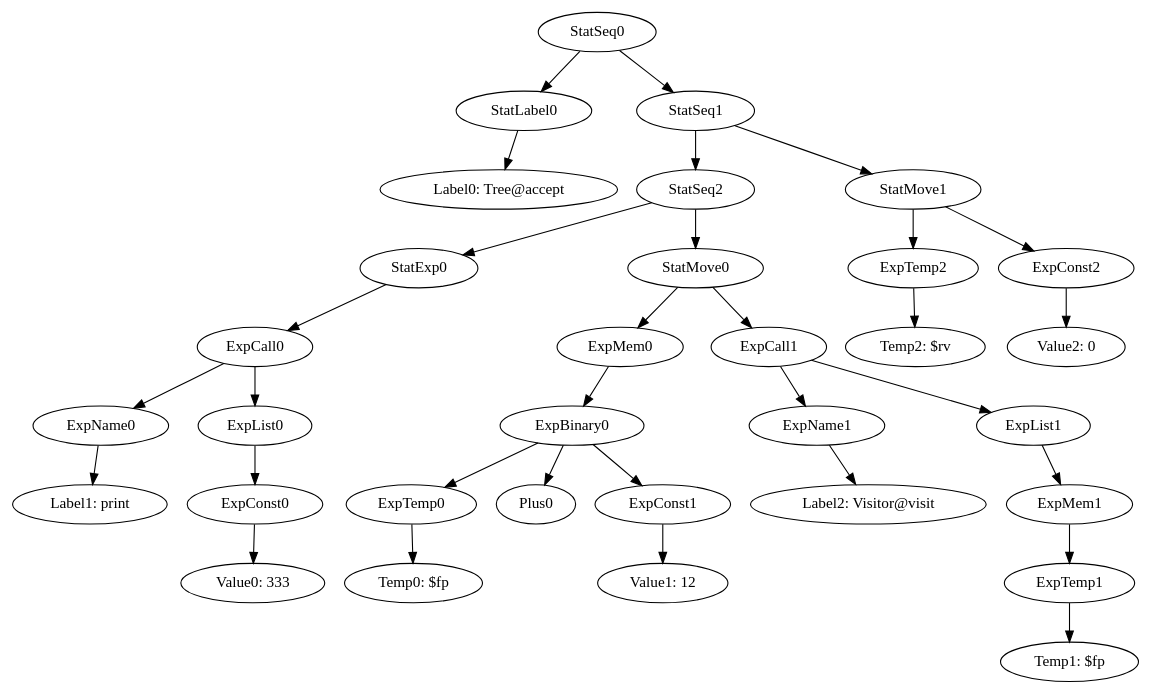
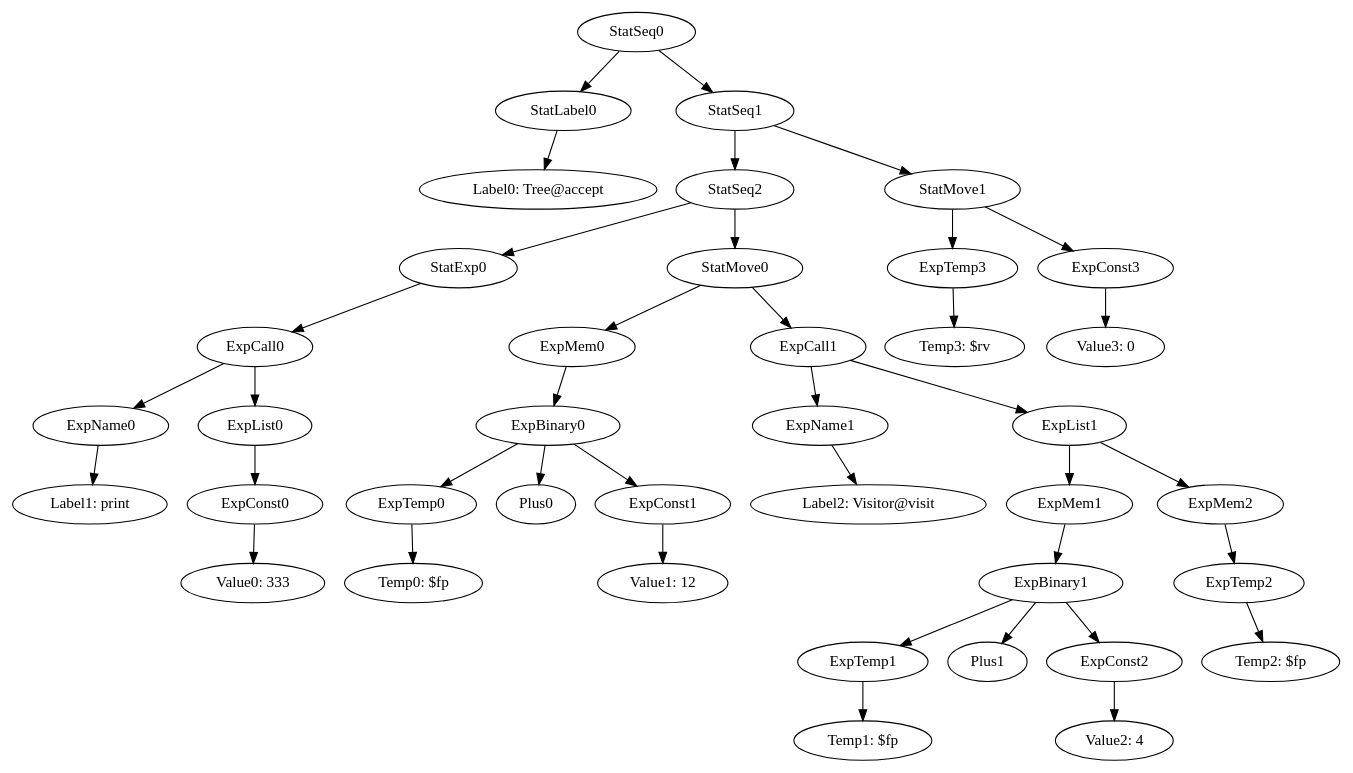
One commit to team-compilers/compilers changed the diagram in MiniJava/results/SamplesCorrect/TreeVisitor/irt_Tree@accept.gv. Above: the diagram before and after it, drawn with Graphviz. The commit also changed 371 other files, not shown here.

```diff
--- a/MiniJava/results/SamplesCorrect/TreeVisitor/irt_Tree@accept.gv
+++ b/MiniJava/results/SamplesCorrect/TreeVisitor/irt_Tree@accept.gv
@@ -1,34 +1,41 @@
 digraph {
 	ordering = out;
-	ExpConst2 -> "Value2: 0";
-	ExpTemp2 -> "Temp2: $rv";
-	ExpTemp1 -> "Temp1: $fp";
-	StatMove0 -> ExpMem0;
-	StatMove0 -> ExpCall1;
-	ExpMem0 -> ExpBinary0;
-	StatMove1 -> ExpTemp2;
-	StatMove1 -> ExpConst2;
-	ExpList1 -> ExpMem1;
-	ExpName1 -> "Label2: Visitor@visit";
-	ExpConst1 -> "Value1: 12";
-	ExpName0 -> "Label1: print";
-	StatSeq0 -> StatLabel0;
-	StatSeq0 -> StatSeq1;
-	StatSeq1 -> StatSeq2;
-	StatSeq1 -> StatMove1;
-	ExpCall0 -> ExpName0;
-	ExpCall0 -> ExpList0;
-	StatSeq2 -> StatExp0;
-	StatSeq2 -> StatMove0;
-	StatLabel0 -> "Label0: Tree@accept";
-	ExpMem1 -> ExpTemp1;
-	ExpConst0 -> "Value0: 333";
-	ExpCall1 -> ExpName1;
-	ExpCall1 -> ExpList1;
-	ExpList0 -> ExpConst0;
-	StatExp0 -> ExpCall0;
-	ExpTemp0 -> "Temp0: $fp";
+	ExpConst3 -> "Value3: 0";
+	StatMove1 -> ExpTemp3;
+	StatMove1 -> ExpConst3;
+	ExpTemp3 -> "Temp3: $rv";
 	ExpBinary0 -> ExpTemp0;
 	ExpBinary0 -> Plus0;
 	ExpBinary0 -> ExpConst1;
+	ExpTemp0 -> "Temp0: $fp";
+	StatExp0 -> ExpCall0;
+	ExpList0 -> ExpConst0;
+	ExpCall1 -> ExpName1;
+	ExpCall1 -> ExpList1;
+	ExpConst0 -> "Value0: 333";
+	ExpMem1 -> ExpBinary1;
+	StatLabel0 -> "Label0: Tree@accept";
+	StatSeq2 -> StatExp0;
+	StatSeq2 -> StatMove0;
+	ExpMem2 -> ExpTemp2;
+	ExpCall0 -> ExpName0;
+	ExpCall0 -> ExpList0;
+	ExpName0 -> "Label1: print";
+	StatSeq1 -> StatSeq2;
+	StatSeq1 -> StatMove1;
+	ExpConst1 -> "Value1: 12";
+	ExpName1 -> "Label2: Visitor@visit";
+	ExpList1 -> ExpMem1;
+	ExpList1 -> ExpMem2;
+	ExpMem0 -> ExpBinary0;
+	ExpBinary1 -> ExpTemp1;
+	ExpBinary1 -> Plus1;
+	ExpBinary1 -> ExpConst2;
+	StatMove0 -> ExpMem0;
+	StatMove0 -> ExpCall1;
+	StatSeq0 -> StatLabel0;
+	StatSeq0 -> StatSeq1;
+	ExpTemp1 -> "Temp1: $fp";
+	ExpConst2 -> "Value2: 4";
+	ExpTemp2 -> "Temp2: $fp";
 }
```
